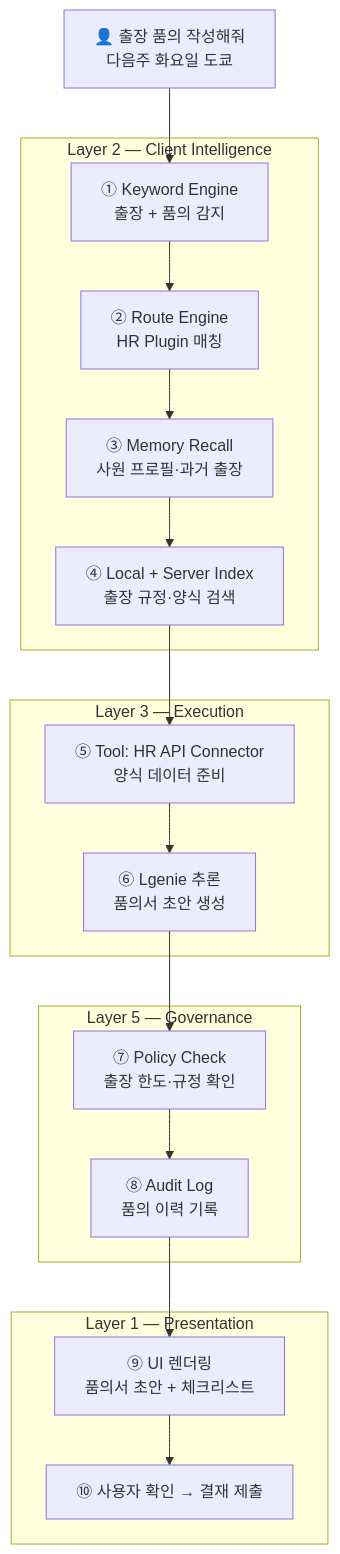
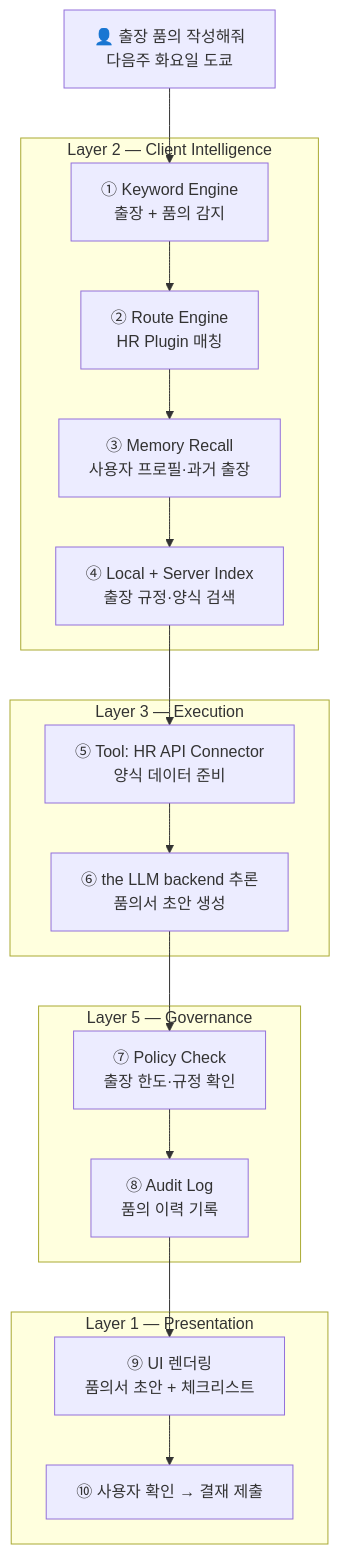
Diagram 40 of 44 in docs/architecture/architecture.md (lvis-project/lvis-app), drawn with Mermaid before and after one commit. The commit also changed other lines of this file and 86 other files, not shown here.

````diff
--- a/docs/architecture/architecture.md
+++ b/docs/architecture/architecture.md
@@ -3517,31 +3517,31 @@
 ```mermaid
 flowchart TB
     USER["👤 출장 품의 작성해줘<br/>다음주 화요일 도쿄"]
 
     subgraph "Layer 2 — Client Intelligence"
         KW["① Keyword Engine<br/>출장 + 품의 감지"]
         ROUTE["② Route Engine<br/>HR Plugin 매칭"]
-        MEM["③ Memory Recall<br/>사원 프로필·과거 출장"]
+        MEM["③ Memory Recall<br/>사용자 프로필·과거 출장"]
         IDX["④ Local + Server Index<br/>출장 규정·양식 검색"]
     end
 
     subgraph "Layer 3 — Execution"
         TOOL["⑤ Tool: HR API Connector<br/>양식 데이터 준비"]
-        LGENIE_CALL["⑥ Lgenie 추론<br/>품의서 초안 생성"]
+        LLM_BACKEND_CALL["⑥ the LLM backend 추론<br/>품의서 초안 생성"]
     end
 
     subgraph "Layer 5 — Governance"
         POLICY_CHECK["⑦ Policy Check<br/>출장 한도·규정 확인"]
         AUDIT_WRITE["⑧ Audit Log<br/>품의 이력 기록"]
     end
 
     subgraph "Layer 1 — Presentation"
         RENDER["⑨ UI 렌더링<br/>품의서 초안 + 체크리스트"]
         ACTION["⑩ 사용자 확인 → 결재 제출"]
     end
 
     USER --> KW --> ROUTE --> MEM --> IDX
-    IDX --> TOOL --> LGENIE_CALL
-    LGENIE_CALL --> POLICY_CHECK --> AUDIT_WRITE
+    IDX --> TOOL --> LLM_BACKEND_CALL
+    LLM_BACKEND_CALL --> POLICY_CHECK --> AUDIT_WRITE
     AUDIT_WRITE --> RENDER --> ACTION
 ```
````
